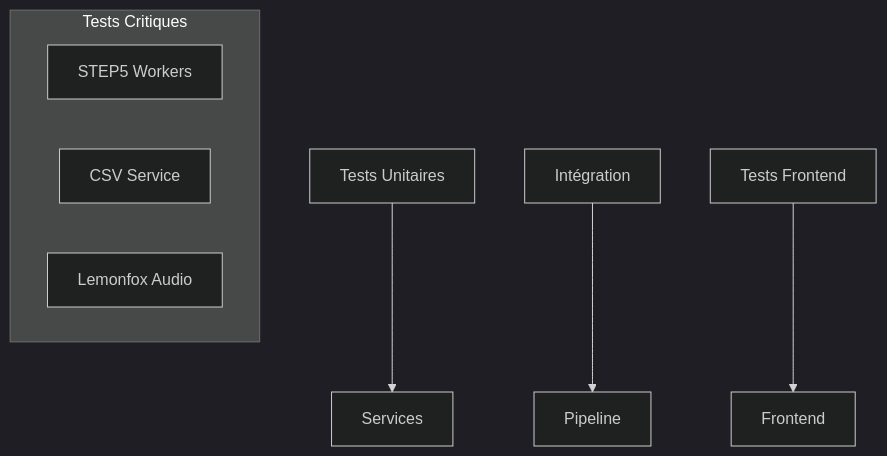
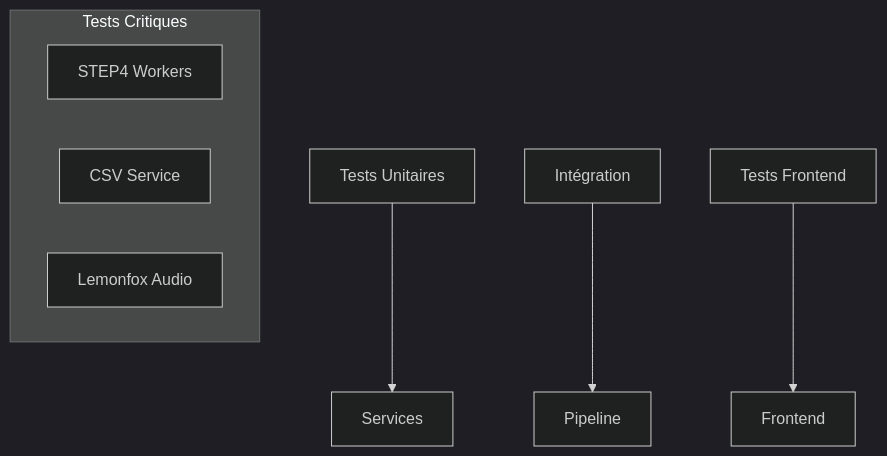
Before and after one commit to ki2pixel/workflow_mediapipe: the diagram in docs/workflow/ops/testing-strategy.md, drawn with Mermaid (dark theme). The commit also changed other lines of this file and 73 other files, not shown here.

````diff
--- a/docs/workflow/ops/testing-strategy.md
+++ b/docs/workflow/ops/testing-strategy.md
@@ -398,12 +398,12 @@
 ```mermaid
 graph TD
     A[Tests Unitaires] --> B[Services]
     C[Intégration] --> D[Pipeline]
     E[Tests Frontend] --> F[Frontend]
     
     subgraph "Tests Critiques"
-        G[STEP5 Workers]
+        G[STEP4 Workers]
         H[CSV Service]
         I[Lemonfox Audio]
     end
 ```
````
